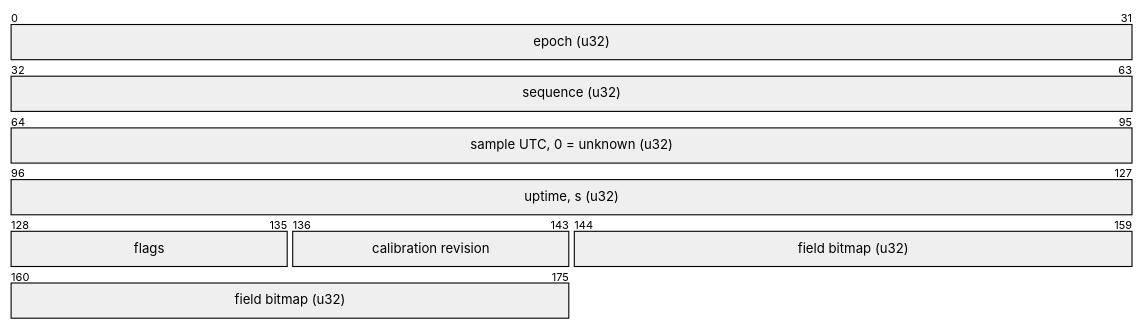
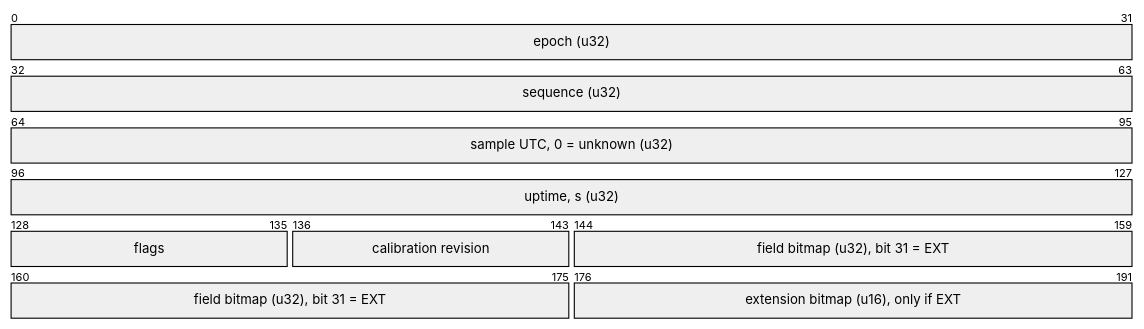
The third of 22 diagrams in docs/protocol-stack.md (clintecker/weather-station-2026), drawn with Mermaid before and after one commit. The commit also changed other lines of this file and 303 other files, not shown here.

````diff
--- a/docs/protocol-stack.md
+++ b/docs/protocol-stack.md
@@ -172,10 +174,11 @@
 ```mermaid
 packet-beta
   0-31: "epoch (u32)"
   32-63: "sequence (u32)"
   64-95: "sample UTC, 0 = unknown (u32)"
   96-127: "uptime, s (u32)"
   128-135: "flags"
   136-143: "calibration revision"
-  144-175: "field bitmap (u32)"
+  144-175: "field bitmap (u32), bit 31 = EXT"
+  176-191: "extension bitmap (u16), only if EXT"
 ```
````
